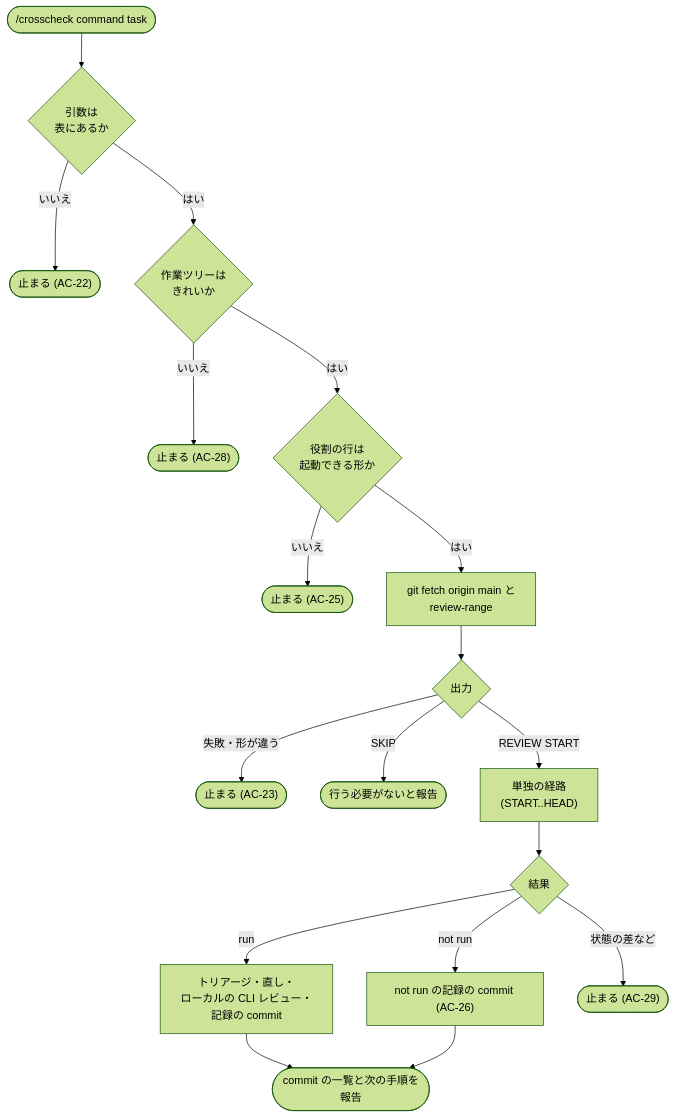
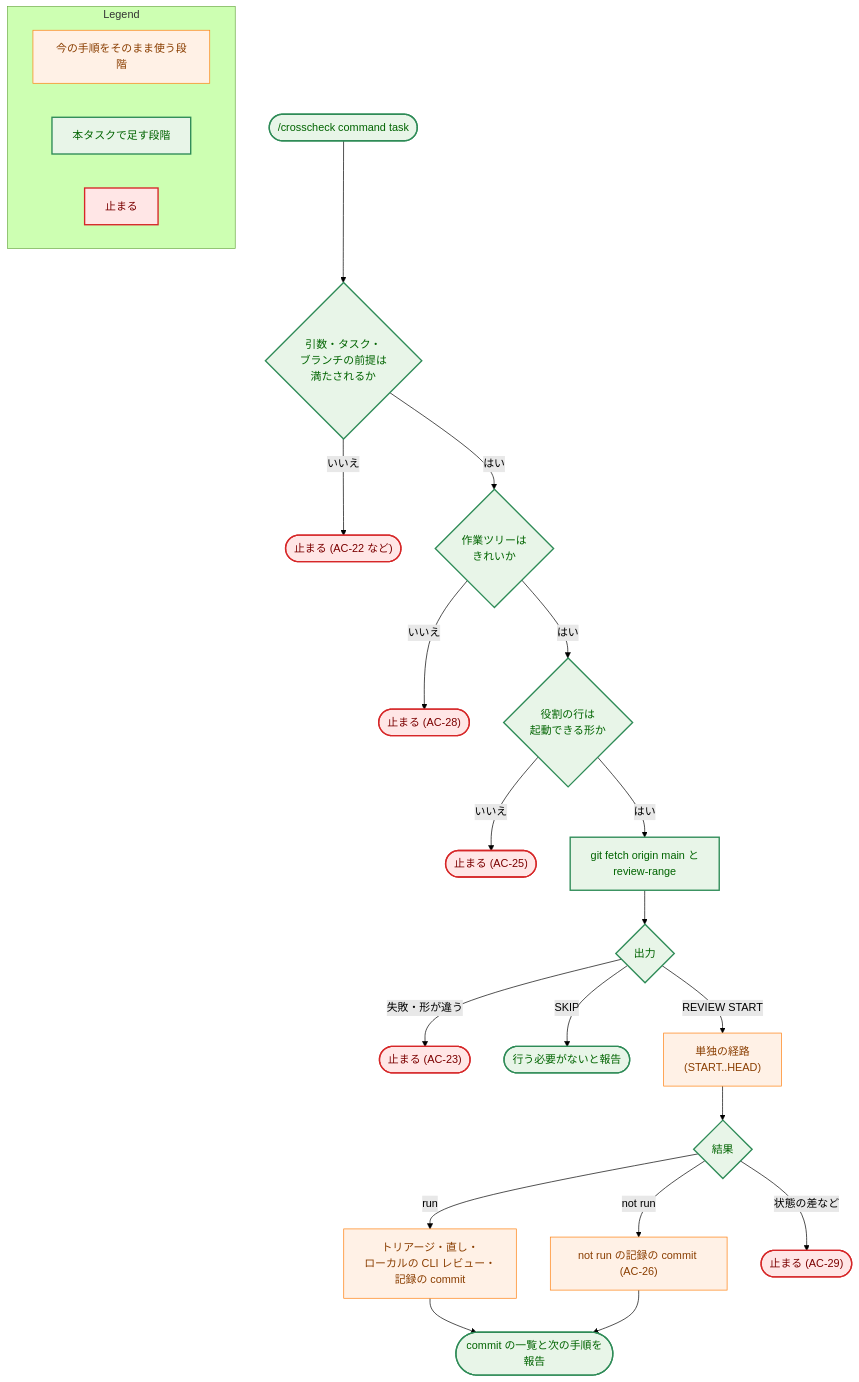
One commit to isseis/yt2column changed the fifth of 6 diagrams in docs/tasks/0131_cross_check_light_role/02_architecture.md. Above: the diagram before and after it, drawn with Mermaid (forest theme). The commit also changed other lines of this file and 1 other file, not shown here.

First line of the commit message:
docs(0131): address review findings on the cross-check role architecture

````diff
--- a/docs/tasks/0131_cross_check_light_role/02_architecture.md
+++ b/docs/tasks/0131_cross_check_light_role/02_architecture.md
@@ -639,20 +674,37 @@
 ```mermaid
 flowchart TD
-    Start(["/crosscheck command task"]) --> Args{"引数は<br>表にあるか"}
-    Args -->|"いいえ"| StopArgs(["止まる (AC-22)"])
+    classDef process fill:#fff1e6,stroke:#ff7f0e,stroke-width:1px,color:#8a3e00;
+    classDef enhanced fill:#e8f5e8,stroke:#2e8b57,stroke-width:2px,color:#006400;
+    classDef problem fill:#ffe6e6,stroke:#d62728,stroke-width:2px,color:#7b0000;
+
+    Start(["/crosscheck command task"]) --> Args{"引数・タスク・<br>ブランチの前提は<br>満たされるか"}
+    Args -->|"いいえ"| StopArgs(["止まる (AC-22 など)"])
     Args -->|"はい"| Clean{"作業ツリーは<br>きれいか"}
     Clean -->|"いいえ"| StopDirty(["止まる (AC-28)"])
     Clean -->|"はい"| Launch{"役割の行は<br>起動できる形か"}
     Launch -->|"いいえ"| StopLaunch(["止まる (AC-25)"])
     Launch -->|"はい"| Fetch["git fetch origin main と<br>review-range"]
     Fetch --> Out{"出力"}
     Out -->|"失敗・形が違う"| StopFail(["止まる (AC-23)"])
     Out -->|"SKIP"| Skip(["行う必要がないと報告"])
     Out -->|"REVIEW START"| Path["単独の経路<br>(START..HEAD)"]
     Path --> Rec{"結果"}
     Rec -->|"run"| Commit["トリアージ・直し・<br>ローカルの CLI レビュー・<br>記録の commit"]
     Rec -->|"not run"| NotRun["not run の記録の commit (AC-26)"]
     Rec -->|"状態の差など"| StopPath(["止まる (AC-29)"])
     Commit --> Report(["commit の一覧と次の手順を報告"])
     NotRun --> Report
+
+    class Path,Commit,NotRun process
+    class Start,Args,Clean,Launch,Fetch,Out,Skip,Rec,Report enhanced
+    class StopArgs,StopDirty,StopLaunch,StopFail,StopPath problem
+
+    subgraph Legend["Legend"]
+        L1["今の手順をそのまま使う段階"]
+        L2["本タスクで足す段階"]
+        L3["止まる"]
+    end
+    class L1 process
+    class L2 enhanced
+    class L3 problem
 ```
````
